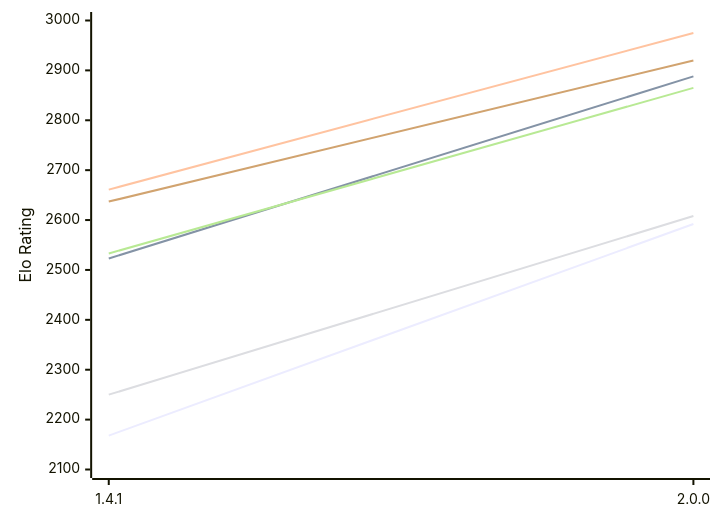
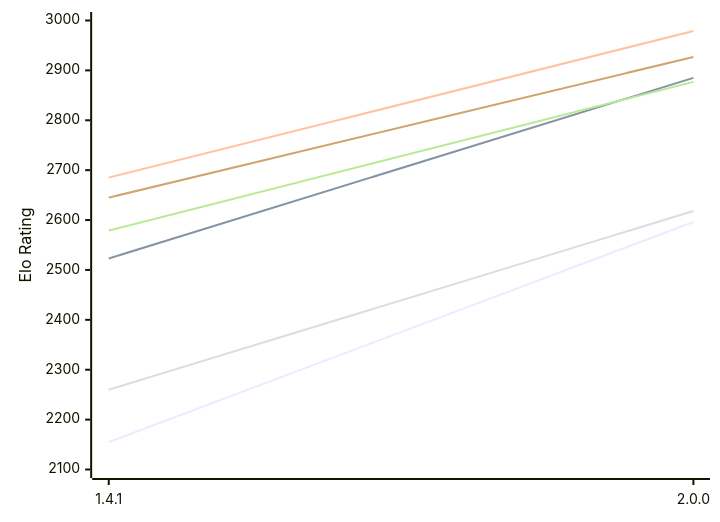
One commit to computer-chess-index/cci changed the first of 2 diagrams in engines/Chal.md. Above: the diagram before and after it, drawn with Mermaid. The commit also changed other lines of this file, not shown here.

Commit message:
Update CCI Ratings (ELO VLTC) - 2026-11-25

````diff
--- a/engines/Chal.md
+++ b/engines/Chal.md
@@ -55,12 +55,12 @@
 ```mermaid
 %%{init: {"theme":"base","themeVariables":{"seriesColors:['#a3a3a3','#222221','#faa371']}}}%%
 xychart-beta
   x-axis ["1.4.1", "2.0.0"]
   y-axis "Elo Rating" 2100 --> 3000
-  line "E1: STC (8.0+0.08s)" [2168, 2592]
-  line "E1: LTC (60.0+0.60s)" [2523, 2888]
-  line "E1: VLTC (2m24s+1.12s)" [2661, 2975]
-  line "P1: STC (8.0+0.08s)" [2250, 2608]
-  line "P1: LTC (60.0+0.60s)" [2533, 2865]
-  line "P1: VLTC (2m24s+1.12s)" [2637, 2920]
+  line "E1: STC (8.0+0.08s)" [2155, 2596]
+  line "E1: LTC (60.0+0.60s)" [2523, 2885]
+  line "E1: VLTC (2m24s+1.12s)" [2685, 2979]
+  line "P1: STC (8.0+0.08s)" [2260, 2618]
+  line "P1: LTC (60.0+0.60s)" [2579, 2877]
+  line "P1: VLTC (2m24s+1.12s)" [2645, 2927]
 ```
````
